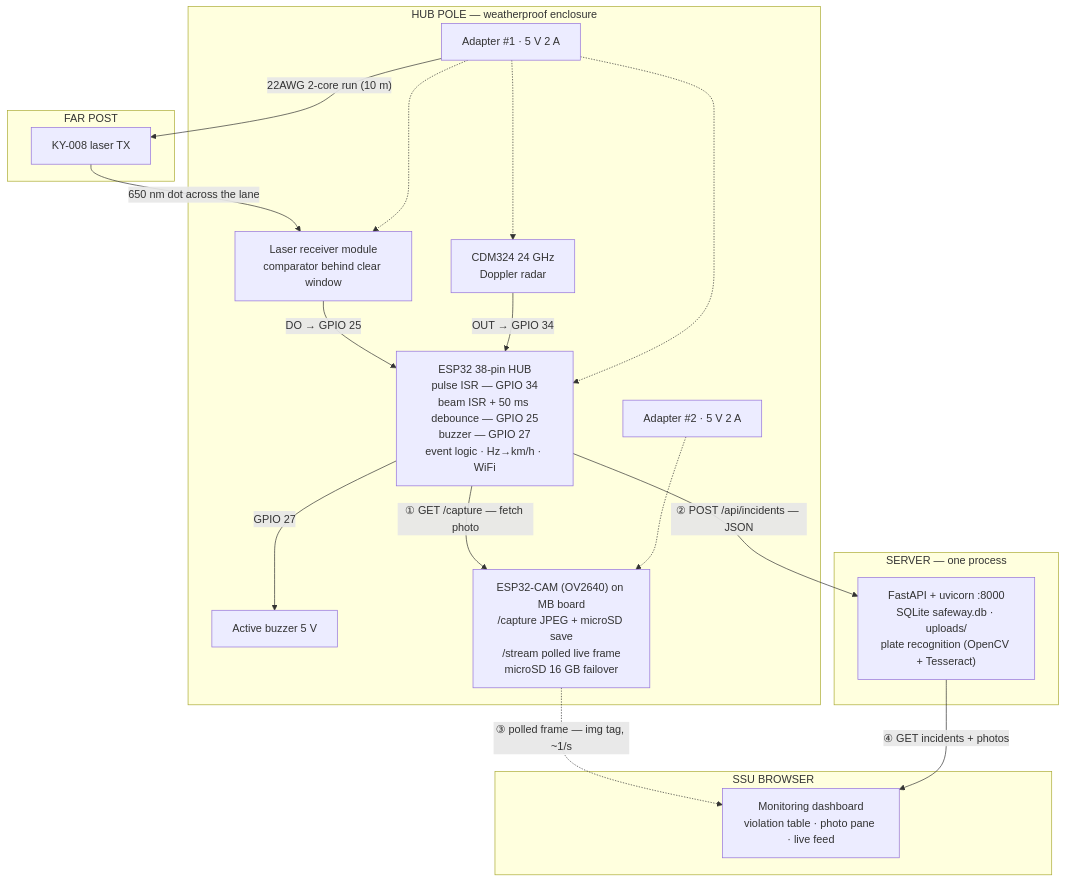
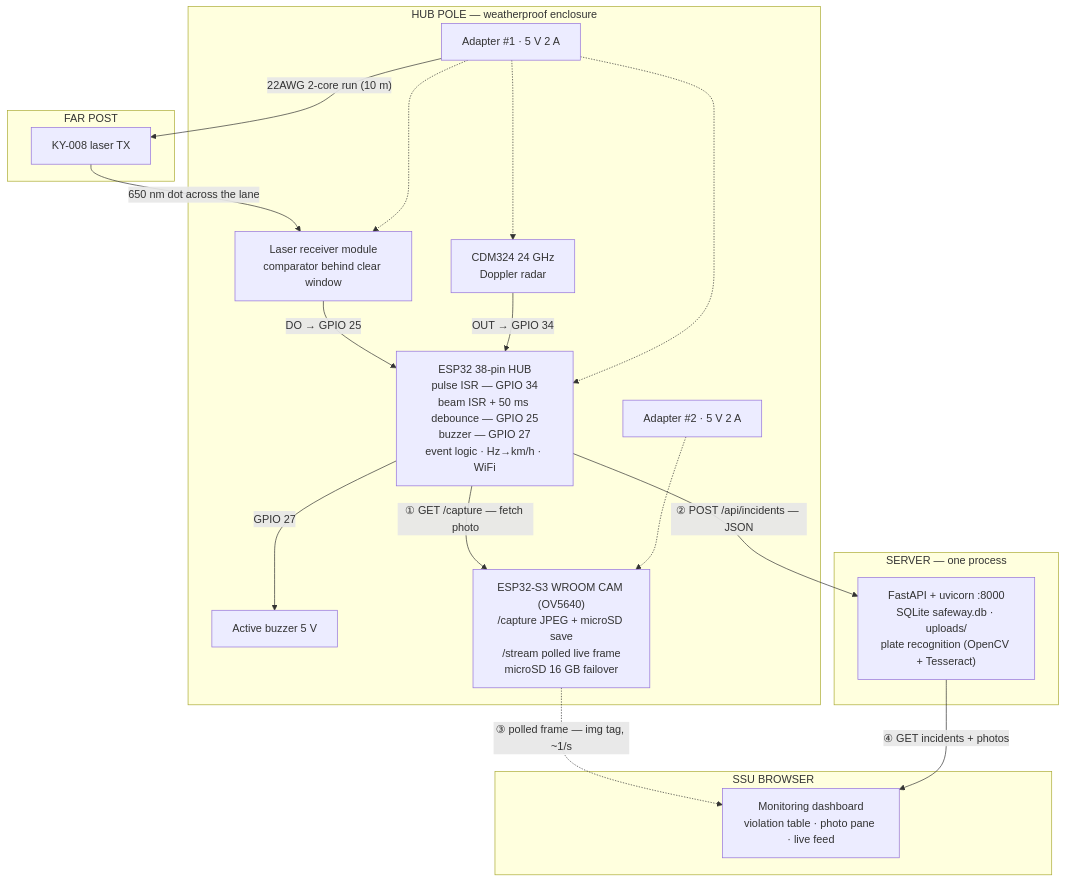
The first of 2 diagrams in docs/BLOCK-DIAGRAM.md (qppd/safeway), drawn with Mermaid before and after one commit. The commit also changed other lines of this file and 8 other files, not shown here.

First line of the commit message:
Swap camera board: ESP32-CAM-MB -> ESP32-S3 WROOM N16R8 CAM + OV5640

````diff
--- a/docs/BLOCK-DIAGRAM.md
+++ b/docs/BLOCK-DIAGRAM.md
@@ -9,38 +9,38 @@
 ```mermaid
 flowchart TB
     subgraph FAR["FAR POST"]
         TX["KY-008 laser TX"]
     end
 
     subgraph POLE["HUB POLE — weatherproof enclosure"]
         RX["Laser receiver module<br/>comparator behind clear window"]
         RADAR["CDM324 24 GHz<br/>Doppler radar"]
         BUZZ["Active buzzer 5 V"]
         HUB["ESP32 38-pin HUB<br/>pulse ISR — GPIO 34<br/>beam ISR + 50 ms debounce — GPIO 25<br/>buzzer — GPIO 27<br/>event logic · Hz→km/h · WiFi"]
-        CAM["ESP32-CAM (OV2640) on MB board<br/>/capture JPEG + microSD save<br/>/stream polled live frame<br/>microSD 16 GB failover"]
+        CAM["ESP32-S3 WROOM CAM (OV5640)<br/>/capture JPEG + microSD save<br/>/stream polled live frame<br/>microSD 16 GB failover"]
         P1["Adapter #1 · 5 V 2 A"]
         P2["Adapter #2 · 5 V 2 A"]
     end
 
     subgraph SRV["SERVER — one process"]
         API["FastAPI + uvicorn :8000<br/>SQLite safeway.db · uploads/<br/>plate recognition (OpenCV + Tesseract)"]
     end
 
     subgraph SSU["SSU BROWSER"]
         DASH["Monitoring dashboard<br/>violation table · photo pane · live feed"]
     end
 
     TX -- "650 nm dot across the lane" --> RX
     RX -- "DO → GPIO 25" --> HUB
     RADAR -- "OUT → GPIO 34" --> HUB
     HUB -- "GPIO 27" --> BUZZ
     HUB -- "① GET /capture — fetch photo" --> CAM
     HUB -- "② POST /api/incidents — JSON" --> API
     CAM -. "③ polled frame — img tag, ~1/s" .-> DASH
     API -- "④ GET incidents + photos" --> DASH
     P1 -.-> HUB
     P1 -.-> RADAR
     P1 -.-> RX
     P1 -- "22AWG 2-core run (10 m)" --> TX
     P2 -.-> CAM
 ```
````
